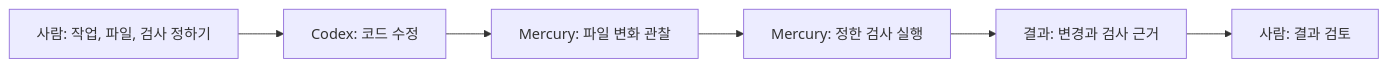
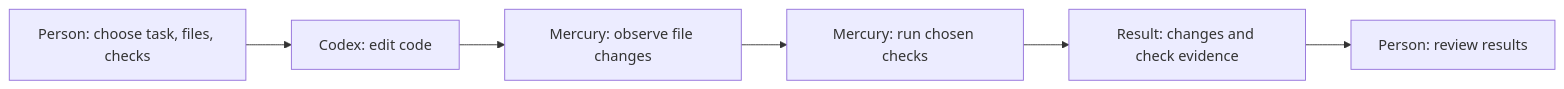
One commit to kssk3/Mercury changed the diagram in README.md. Above: the diagram before and after it, drawn with Mermaid. The commit also changed other lines of this file and 4 other files, not shown here.

````diff
--- a/README.md
+++ b/README.md
@@ -31,8 +55,8 @@
 ```mermaid
 flowchart LR
-    A["사람: 작업, 파일, 검사 정하기"] --> B["Codex: 코드 수정"]
-    B --> C["Mercury: 파일 변화 관찰"]
-    C --> D["Mercury: 정한 검사 실행"]
-    D --> E["결과: 변경과 검사 근거"]
-    E --> F["사람: 결과 검토"]
+    A["Person: choose task, files, checks"] --> B["Codex: edit code"]
+    B --> C["Mercury: observe file changes"]
+    C --> D["Mercury: run chosen checks"]
+    D --> E["Result: changes and check evidence"]
+    E --> F["Person: review results"]
 ```
````
